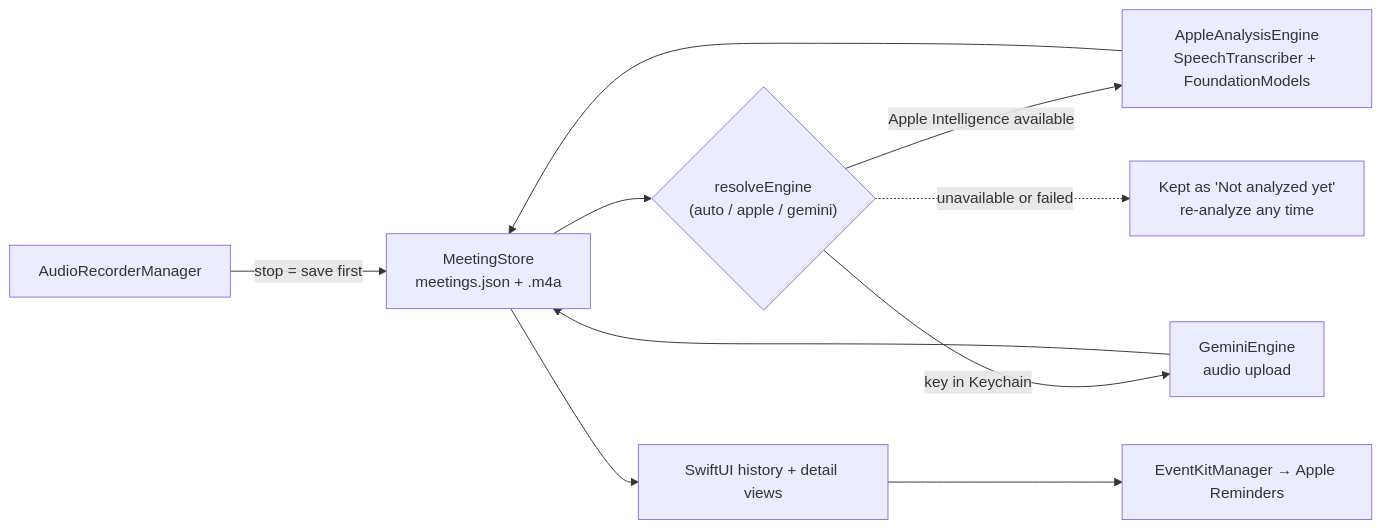
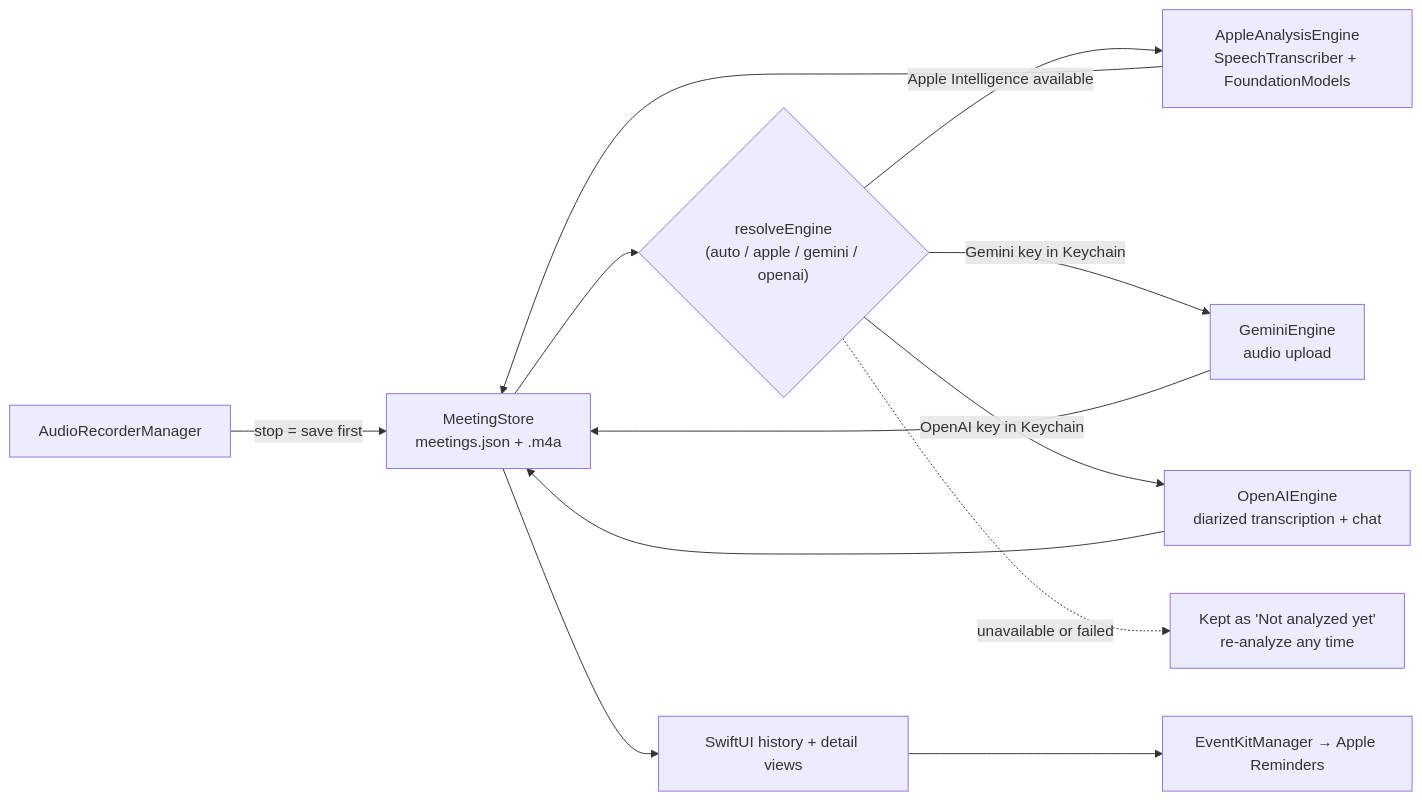
One commit to tsvb/EchoScribe changed the diagram in README.md. Above: the diagram before and after it, drawn with Mermaid. The commit also changed other lines of this file and 4 other files, not shown here.

First line of the commit message:
Docs catch-up: OpenAI engine everywhere, August 2026 verification pass

````diff
--- a/README.md
+++ b/README.md
@@ -77,12 +78,14 @@
 ```mermaid
 flowchart LR
     REC["AudioRecorderManager"] -- "stop = save first" --> STORE["MeetingStore<br/>meetings.json + .m4a"]
-    STORE --> RES{"resolveEngine<br/>(auto / apple / gemini)"}
+    STORE --> RES{"resolveEngine<br/>(auto / apple / gemini / openai)"}
     RES -- "Apple Intelligence available" --> APPLE["AppleAnalysisEngine<br/>SpeechTranscriber + FoundationModels"]
-    RES -- "key in Keychain" --> GEM["GeminiEngine<br/>audio upload"]
+    RES -- "Gemini key in Keychain" --> GEM["GeminiEngine<br/>audio upload"]
+    RES -- "OpenAI key in Keychain" --> OAI["OpenAIEngine<br/>diarized transcription + chat"]
     RES -. "unavailable or failed" .-> KEPT["Kept as 'Not analyzed yet'<br/>re-analyze any time"]
     APPLE --> STORE
     GEM --> STORE
+    OAI --> STORE
     STORE --> UI["SwiftUI history + detail views"]
     UI --> EK["EventKitManager → Apple Reminders"]
 ```
````
